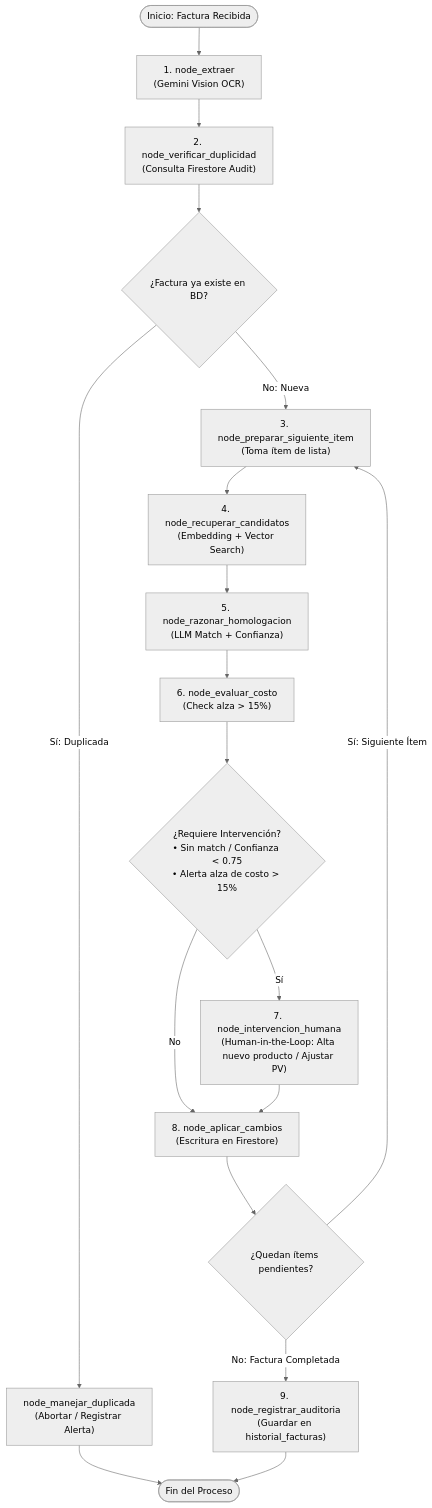
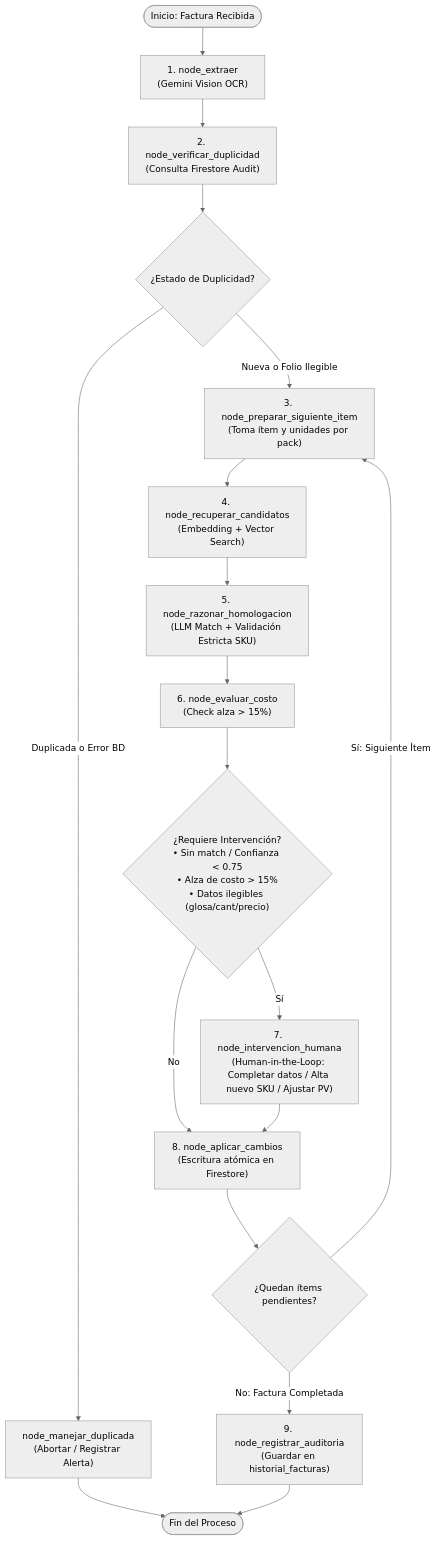
Before and after one commit to brayamandres/agente_facturas_botilleria_LangGraph: the second of 2 diagrams in README.md, drawn with Mermaid (neutral theme). The commit also changed other lines of this file and 6 other files, not shown here.

Commit message:
fix: robustecer validaciones del grafo, stock por unidades, duplicidad y actualizar README

````diff
--- a/README.md
+++ b/README.md
@@ -86,31 +74,31 @@
 ```mermaid
 flowchart TD
     START([Inicio: Factura Recibida]) --> NodeExtraer["1. node_extraer\n(Gemini Vision OCR)"]
     NodeExtraer --> NodeVerifDup["2. node_verificar_duplicidad\n(Consulta Firestore Audit)"]
 
     %% Borde Condicional 1
-    NodeVerifDup --> CondDuplicada{"¿Factura ya existe en BD?"}
-    CondDuplicada -->|Sí: Duplicada| NodeManejarDup["node_manejar_duplicada\n(Abortar / Registrar Alerta)"]
+    NodeVerifDup --> CondDuplicada{"¿Estado de Duplicidad?"}
+    CondDuplicada -->|Duplicada o Error BD| NodeManejarDup["node_manejar_duplicada\n(Abortar / Registrar Alerta)"]
     NodeManejarDup --> END([Fin del Proceso])
 
-    CondDuplicada -->|No: Nueva| NodePrepItem["3. node_preparar_siguiente_item\n(Toma ítem de lista)"]
+    CondDuplicada -->|Nueva o Folio Ilegible| NodePrepItem["3. node_preparar_siguiente_item\n(Toma ítem y unidades por pack)"]
 
     %% Ciclo de Procesamiento por Ítem
     NodePrepItem --> NodeRecupCand["4. node_recuperar_candidatos\n(Embedding + Vector Search)"]
-    NodeRecupCand --> NodeRazonar["5. node_razonar_homologacion\n(LLM Match + Confianza)"]
+    NodeRecupCand --> NodeRazonar["5. node_razonar_homologacion\n(LLM Match + Validación Estricta SKU)"]
     NodeRazonar --> NodeEvalCosto["6. node_evaluar_costo\n(Check alza > 15%)"]
 
     %% Borde Condicional 2
-    NodeEvalCosto --> CondRevision{"¿Requiere Intervención?\n• Sin match / Confianza < 0.75\n• Alerta alza de costo > 15%"}
+    NodeEvalCosto --> CondRevision{"¿Requiere Intervención?\n• Sin match / Confianza < 0.75\n• Alza de costo > 15%\n• Datos ilegibles (glosa/cant/precio)"}
     
-    CondRevision -->|Sí| NodeHITL["7. node_intervencion_humana\n(Human-in-the-Loop: Alta nuevo producto / Ajustar PV)"]
-    CondRevision -->|No| NodeAplicar["8. node_aplicar_cambios\n(Escritura en Firestore)"]
+    CondRevision -->|Sí| NodeHITL["7. node_intervencion_humana\n(Human-in-the-Loop: Completar datos / Alta nuevo SKU / Ajustar PV)"]
+    CondRevision -->|No| NodeAplicar["8. node_aplicar_cambios\n(Escritura atómica en Firestore)"]
     NodeHITL --> NodeAplicar
 
     %% Borde Condicional 3 (Loop)
     NodeAplicar --> CondMasItems{"¿Quedan ítems pendientes?"}
     CondMasItems -->|Sí: Siguiente Ítem| NodePrepItem
     CondMasItems -->|No: Factura Completada| NodeAuditoria["9. node_registrar_auditoria\n(Guardar en historial_facturas)"]
 
     NodeAuditoria --> END
 ```
````
